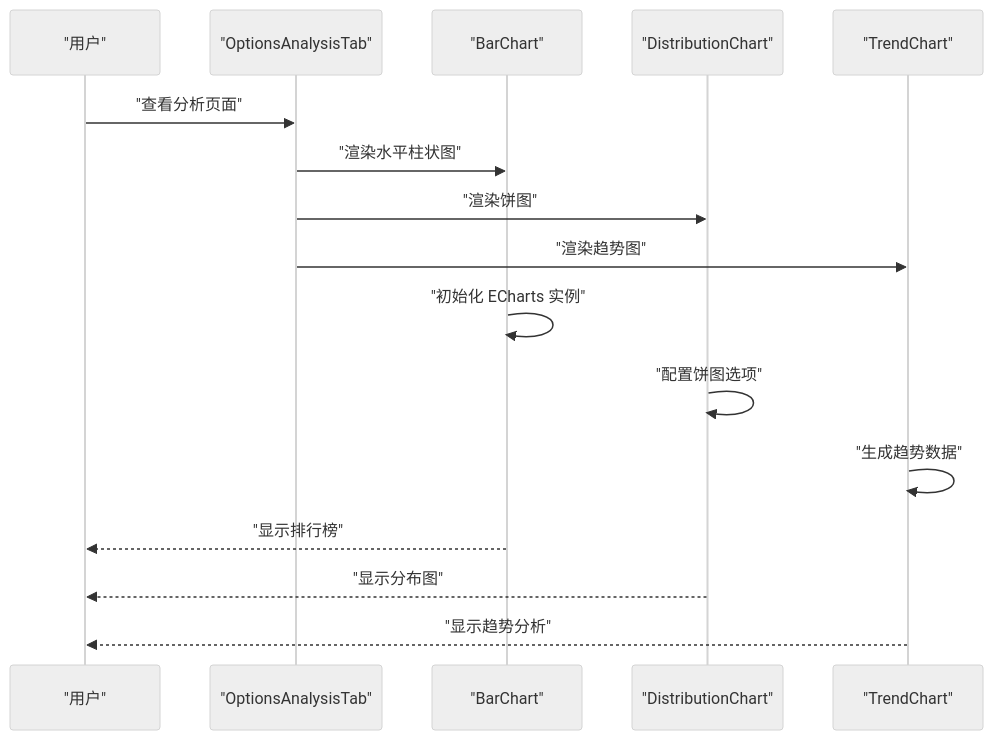
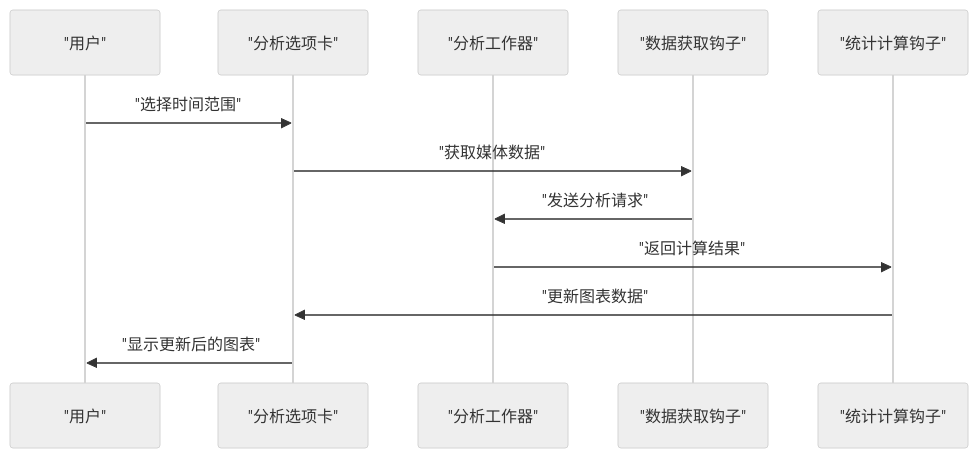
One commit to RadiumAg/bilibili-favorites changed the seventh of 8 diagrams in .qoder/repowiki/zh/content/UI组件系统/UI组件系统.md. Above: the diagram before and after it, drawn with Mermaid (neutral theme). The commit also changed other lines of this file and 24 other files, not shown here.

````diff
--- a/.qoder/repowiki/zh/content/UI组件系统/UI组件系统.md
+++ b/.qoder/repowiki/zh/content/UI组件系统/UI组件系统.md
@@ -533,18 +753,14 @@
 ```mermaid
 sequenceDiagram
-participant U as "用户"
-participant T as "OptionsAnalysisTab"
-participant B as "BarChart"
-participant D as "DistributionChart"
-participant R as "TrendChart"
-U->>T : "查看分析页面"
-T->>B : "渲染水平柱状图"
-T->>D : "渲染饼图"
-T->>R : "渲染趋势图"
-B->>B : "初始化 ECharts 实例"
-D->>D : "配置饼图选项"
-R->>R : "生成趋势数据"
-B-->>U : "显示排行榜"
-D-->>U : "显示分布图"
-R-->>U : "显示趋势分析"
+participant User as "用户"
+participant OptionsTab as "分析选项卡"
+participant Worker as "分析工作器"
+participant DataHook as "数据获取钩子"
+participant StatsHook as "统计计算钩子"
+User->>OptionsTab : "选择时间范围"
+OptionsTab->>DataHook : "获取媒体数据"
+DataHook->>Worker : "发送分析请求"
+Worker->>StatsHook : "返回计算结果"
+StatsHook->>OptionsTab : "更新图表数据"
+OptionsTab->>User : "显示更新后的图表"
 ```
````
